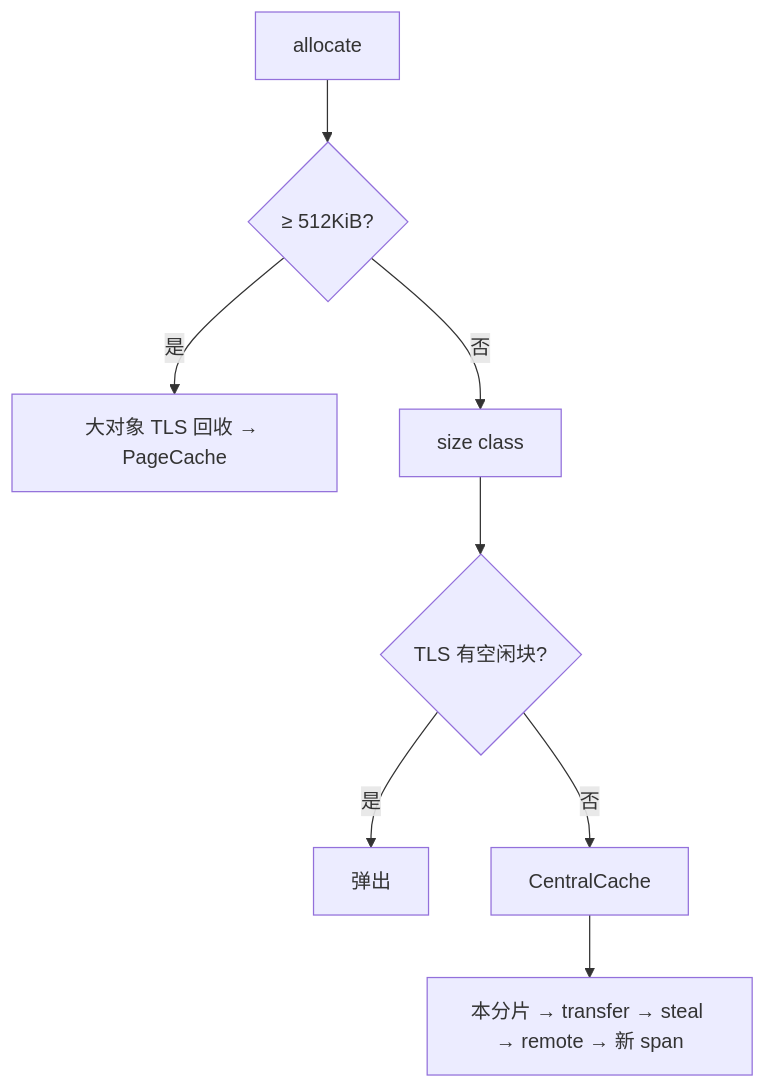
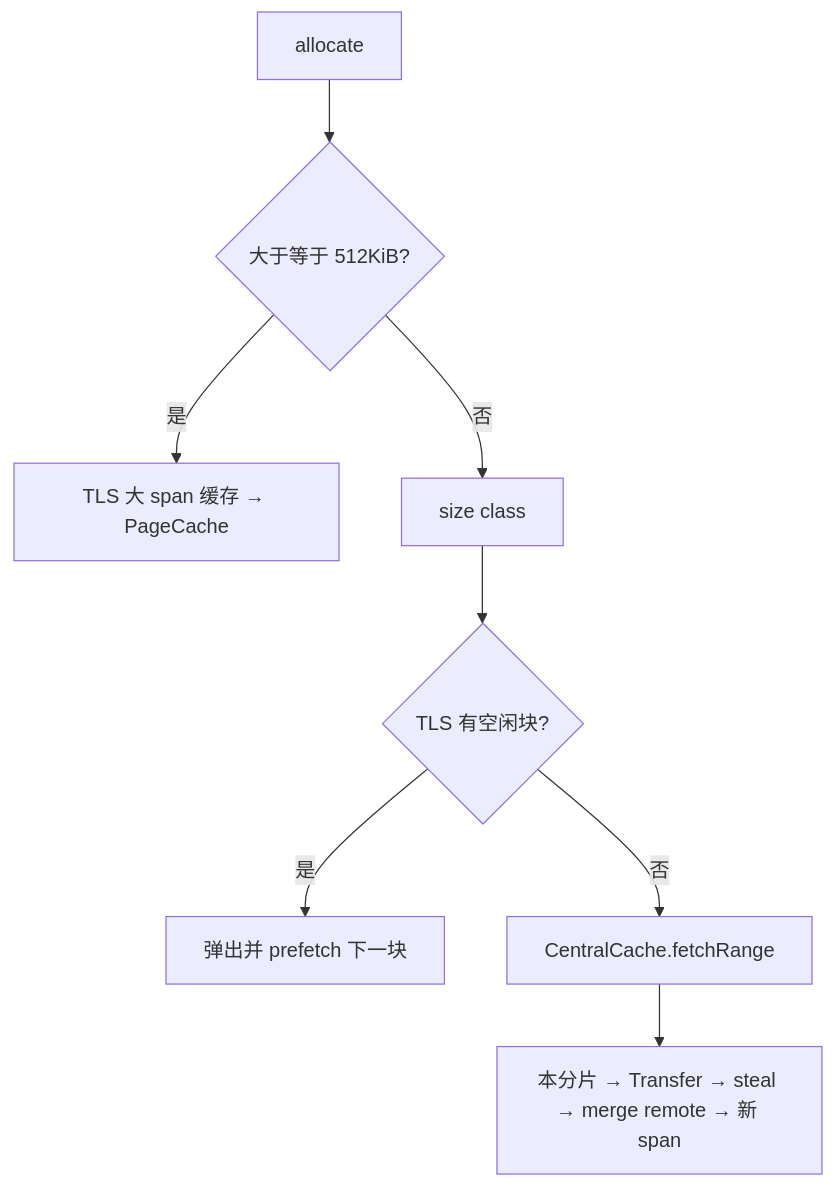
One commit to xmd-hs/my-MemoryPool changed the second of 3 diagrams in README.md. Above: the diagram before and after it, drawn with Mermaid. The commit also changed other lines of this file and 12 other files, not shown here.

````diff
--- a/README.md
+++ b/README.md
@@ -147,10 +153,10 @@
 ```mermaid
 flowchart TD
-    A[allocate] --> B{≥ 512KiB?}
-    B -->|是| L[大对象 TLS 回收 → PageCache]
+    A[allocate] --> B{大于等于 512KiB?}
+    B -->|是| L[TLS 大 span 缓存 → PageCache]
     B -->|否| C[size class]
     C --> D{TLS 有空闲块?}
-    D -->|是| E[弹出]
-    D -->|否| F[CentralCache]
-    F --> G[本分片 → transfer → steal → remote → 新 span]
+    D -->|是| E[弹出并 prefetch 下一块]
+    D -->|否| F[CentralCache.fetchRange]
+    F --> G[本分片 → Transfer → steal → merge remote → 新 span]
 ```
````
